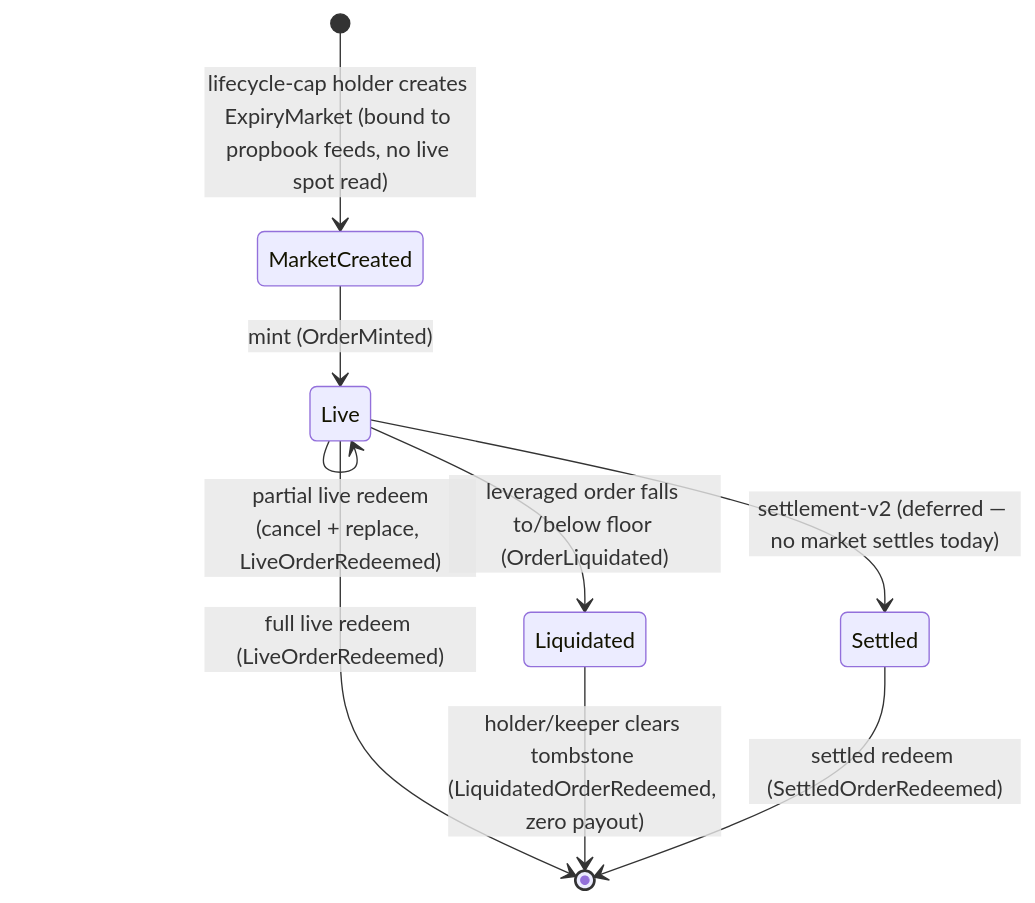
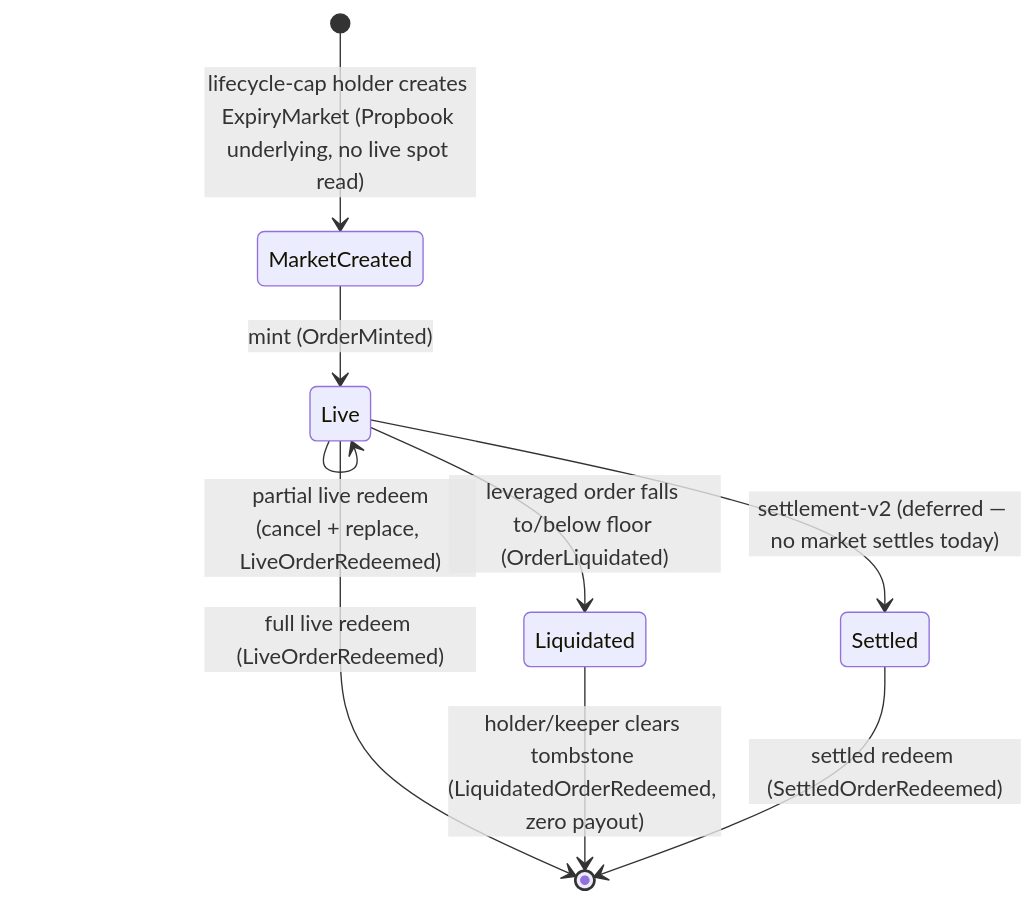
Before and after one commit to MystenLabs/deepbookv3: the diagram in packages/predict/docs/overview.md, drawn with Mermaid. The commit also changed other lines of this file and 17 other files, not shown here.

````diff
--- a/packages/predict/docs/overview.md
+++ b/packages/predict/docs/overview.md
@@ -50,11 +50,11 @@
 ```mermaid
 stateDiagram-v2
-  [*] --> MarketCreated: lifecycle-cap holder creates ExpiryMarket (bound to propbook feeds, no live spot read)
+  [*] --> MarketCreated: lifecycle-cap holder creates ExpiryMarket (Propbook underlying, no live spot read)
   MarketCreated --> Live: mint (OrderMinted)
   Live --> Live: partial live redeem<br/>(cancel + replace, LiveOrderRedeemed)
   Live --> [*]: full live redeem (LiveOrderRedeemed)
   Live --> Liquidated: leveraged order falls to/below floor (OrderLiquidated)
   Liquidated --> [*]: holder/keeper clears tombstone (LiquidatedOrderRedeemed, zero payout)
   Live --> Settled: settlement-v2 (deferred — no market settles today)
   Settled --> [*]: settled redeem (SettledOrderRedeemed)
 ```
````
